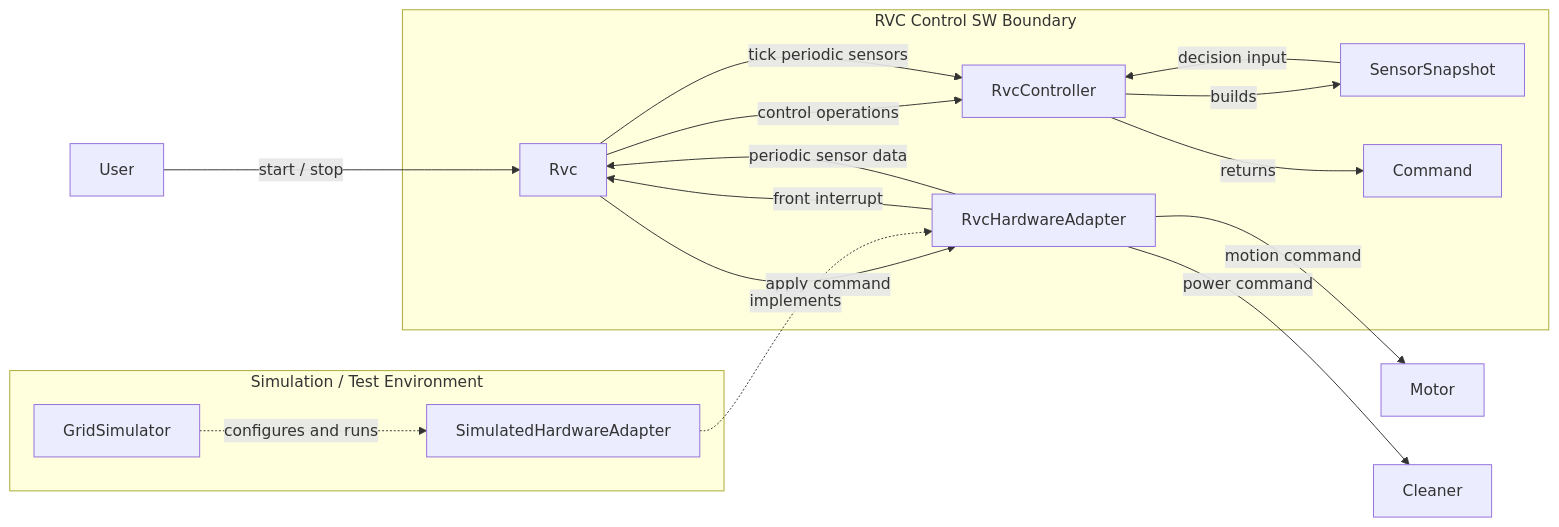
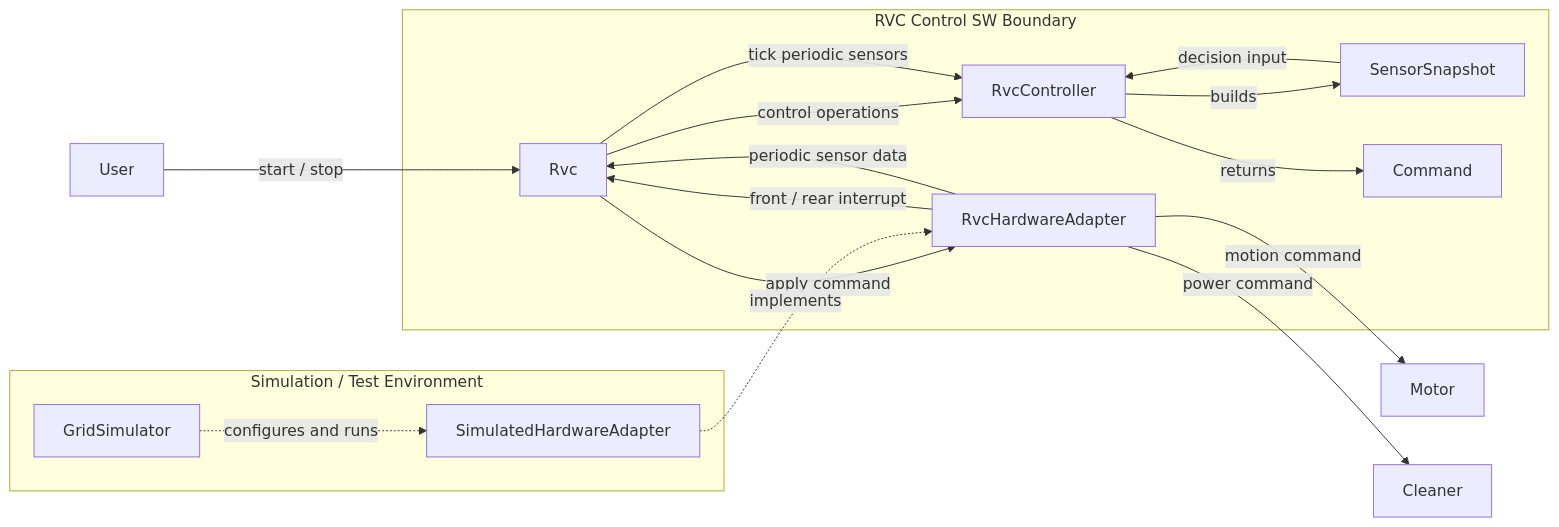
One commit to reload02/ooad-vibe changed the first of 10 diagrams in docs/sdd.md. Above: the diagram before and after it, drawn with Mermaid. The commit also changed other lines of this file and 9 other files, not shown here.

````diff
--- a/docs/sdd.md
+++ b/docs/sdd.md
@@ -71,33 +73,33 @@
 ```mermaid
 flowchart LR
     User[User]
     Motor[Motor]
     Cleaner[Cleaner]
 
     subgraph Boundary["RVC Control SW Boundary"]
         Rvc[Rvc]
         Controller[RvcController]
         Snapshot[SensorSnapshot]
         Command[Command]
         Adapter[RvcHardwareAdapter]
     end
 
     subgraph TestEnvironment["Simulation / Test Environment"]
         GridSimulator[GridSimulator]
         SimAdapter[SimulatedHardwareAdapter]
     end
 
     User -->|start / stop| Rvc
     Rvc -->|control operations| Controller
     Rvc -->|tick periodic sensors| Controller
     Controller -->|builds| Snapshot
     Snapshot -->|decision input| Controller
     Controller -->|returns| Command
-    Adapter -->|front interrupt| Rvc
+    Adapter -->|front / rear interrupt| Rvc
     Adapter -->|periodic sensor data| Rvc
     Rvc -->|apply command| Adapter
     Adapter -->|motion command| Motor
     Adapter -->|power command| Cleaner
     GridSimulator -. configures and runs .-> SimAdapter
     SimAdapter -. implements .-> Adapter
 ```
````
